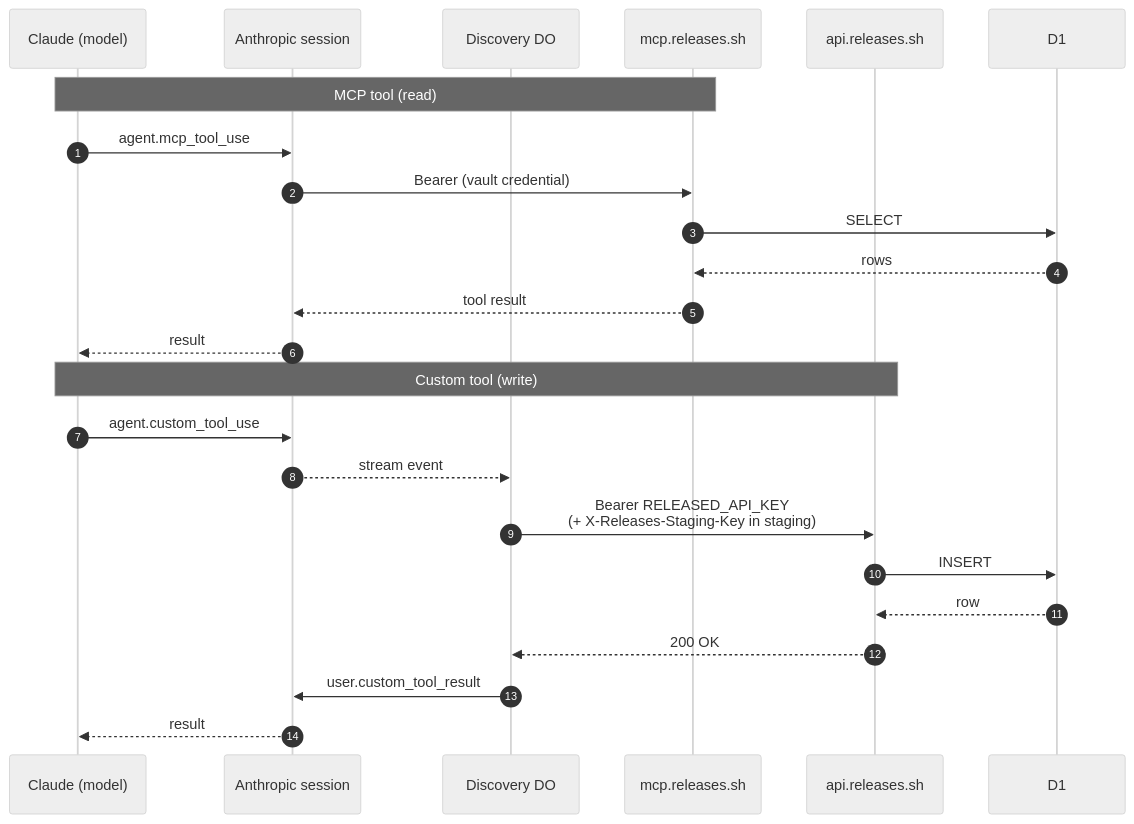
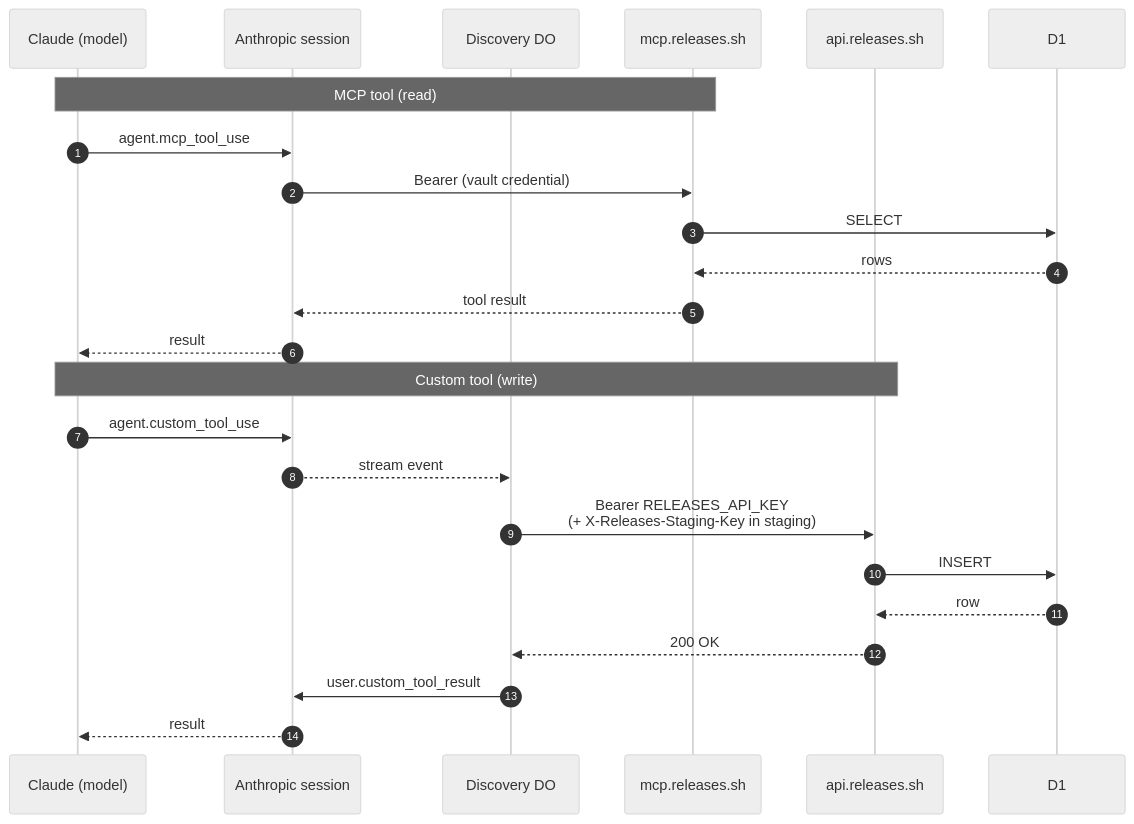
The diagram in docs/architecture/agents.md (buildinternet/releases), drawn with Mermaid (neutral theme) before and after one commit. The commit also changed 74 other files, not shown here.

First line of the commit message:
Standardize RELEASED_ → RELEASES_ env vars (warn-on-fallback) (#1125)

````diff
--- a/docs/architecture/agents.md
+++ b/docs/architecture/agents.md
@@ -58,28 +58,28 @@
 ```mermaid
 sequenceDiagram
     autonumber
     participant M as Claude (model)
     participant S as Anthropic session
     participant DO as Discovery DO
     participant MCP as mcp.releases.sh
     participant API as api.releases.sh
     participant D1
 
     Note over M,MCP: MCP tool (read)
     M->>S: agent.mcp_tool_use
     S->>MCP: Bearer (vault credential)
     MCP->>D1: SELECT
     D1-->>MCP: rows
     MCP-->>S: tool result
     S-->>M: result
 
     Note over M,API: Custom tool (write)
     M->>S: agent.custom_tool_use
     S-->>DO: stream event
-    DO->>API: Bearer RELEASED_API_KEY<br/>(+ X-Releases-Staging-Key in staging)
+    DO->>API: Bearer RELEASES_API_KEY<br/>(+ X-Releases-Staging-Key in staging)
     API->>D1: INSERT
     D1-->>API: row
     API-->>DO: 200 OK
     DO->>S: user.custom_tool_result
     S-->>M: result
 ```
````
